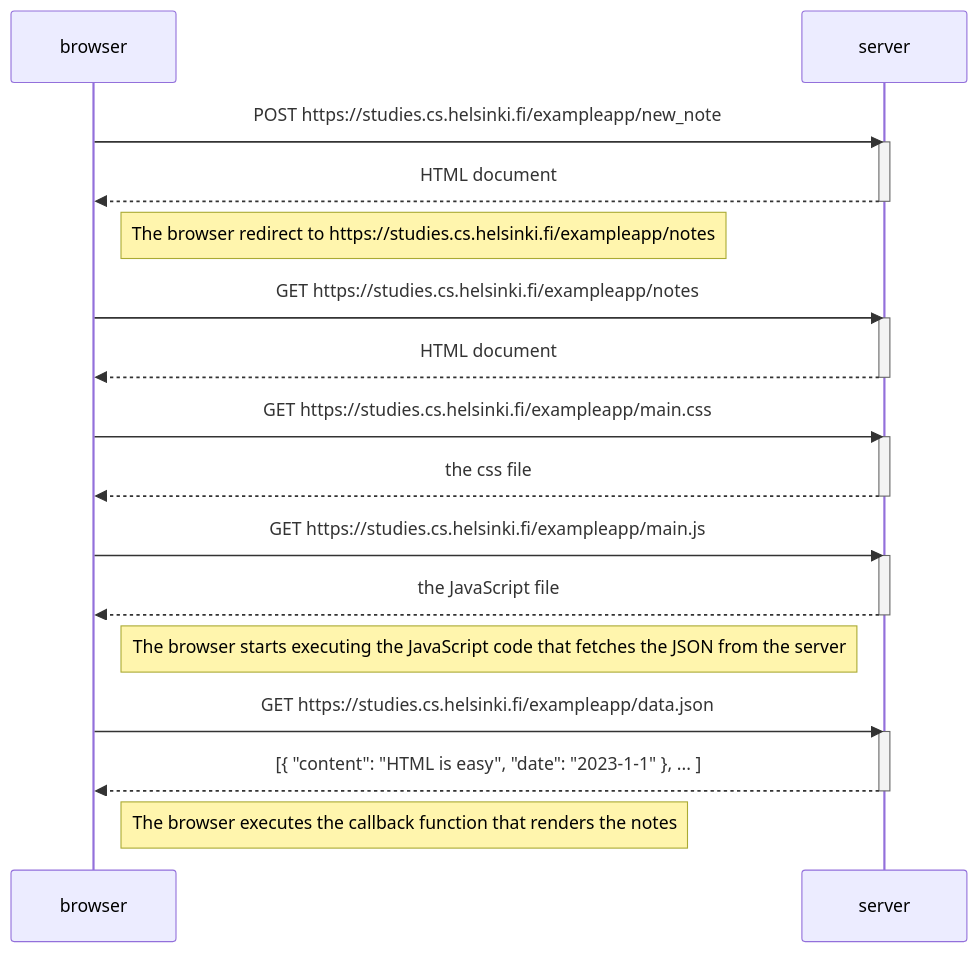
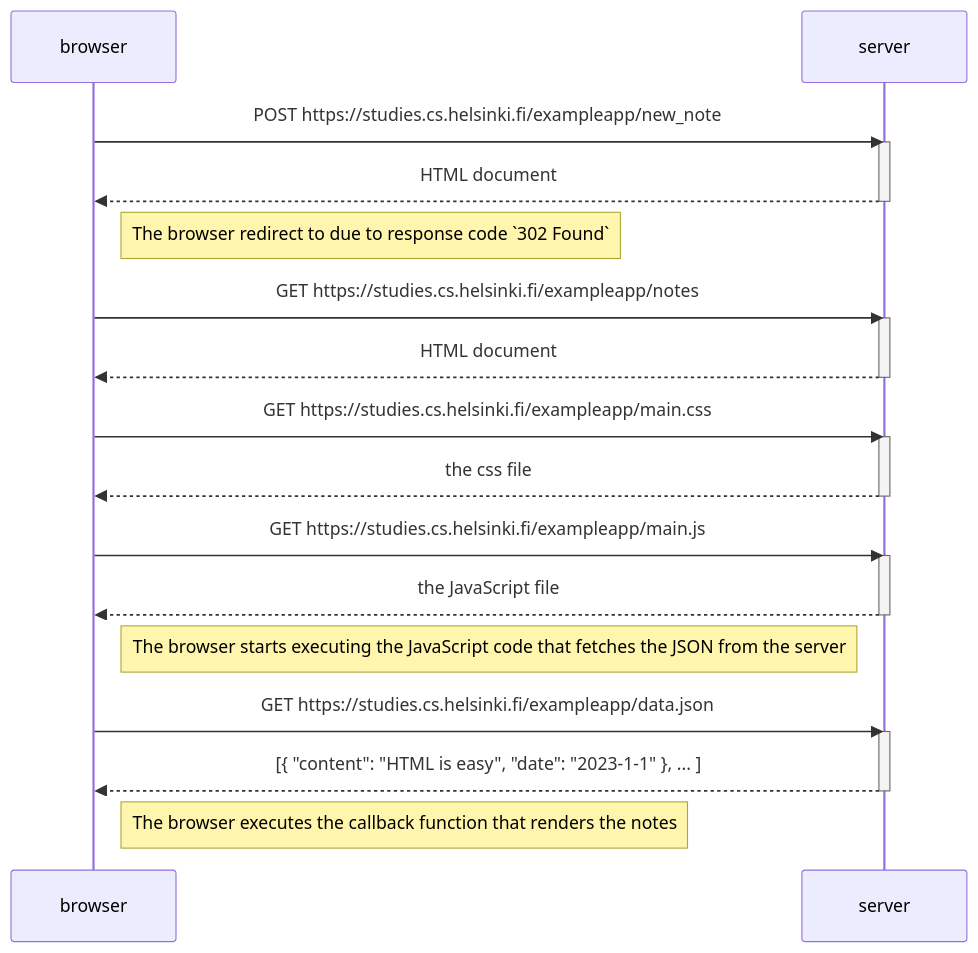
Before and after one commit to Itscoldhere22/fullstackopen: the diagram in part0/0.4 New Note Diagram.md, drawn with Mermaid.

Commit message:
0.4: 2nd attempt, changed new_note comment

````diff
--- a/part0/0.4 New Note Diagram.md
+++ b/part0/0.4 New Note Diagram.md
@@ -1,36 +1,36 @@
 ```mermaid
 sequenceDiagram
     participant browser
     participant server
 
     browser->>server: POST https://studies.cs.helsinki.fi/exampleapp/new_note
     activate server
     server-->>browser: HTML document
     deactivate server
 
-    Note right of browser: The browser redirect to https://studies.cs.helsinki.fi/exampleapp/notes
+    Note right of browser: The browser redirect to due to response code `302 Found`
 
     browser->>server: GET https://studies.cs.helsinki.fi/exampleapp/notes
     activate server
     server-->>browser: HTML document
     deactivate server
 
     browser->>server: GET https://studies.cs.helsinki.fi/exampleapp/main.css
     activate server
     server-->>browser: the css file
     deactivate server
 
     browser->>server: GET https://studies.cs.helsinki.fi/exampleapp/main.js
     activate server
     server-->>browser: the JavaScript file
     deactivate server
 
     Note right of browser: The browser starts executing the JavaScript code that fetches the JSON from the server
 
     browser->>server: GET https://studies.cs.helsinki.fi/exampleapp/data.json
     activate server
     server-->>browser: [{ "content": "HTML is easy", "date": "2023-1-1" }, ... ]
     deactivate server
 
     Note right of browser: The browser executes the callback function that renders the notes
 ```
````
